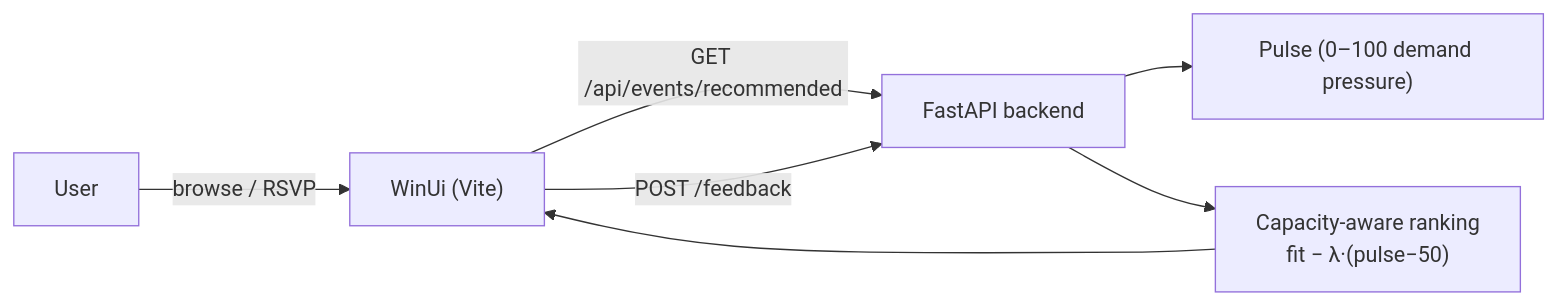
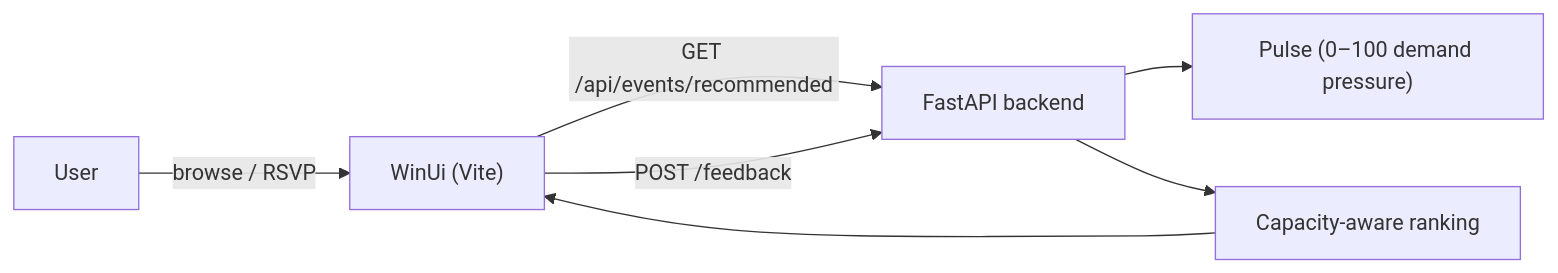
One commit to concentratedsulfuricacid/Flok changed the diagram in README.md. Above: the diagram before and after it, drawn with Mermaid.

Commit message:
Fix ranking description formatting in README
Removed unnecessary newline character from ranking description in the API section.

````diff
--- a/README.md
+++ b/README.md
@@ -27,9 +27,9 @@
 ```mermaid
 flowchart LR
   U["User"] -->|"browse / RSVP"| UI["WinUi (Vite)"]
   UI -->|"GET /api/events/recommended"| API["FastAPI backend"]
   UI -->|"POST /feedback"| API
   API --> P["Pulse (0–100 demand pressure)"]
-  API --> R["Capacity-aware ranking\nfit − λ·(pulse−50)"]
+  API --> R["Capacity-aware ranking"]
   R --> UI
 ```
````
